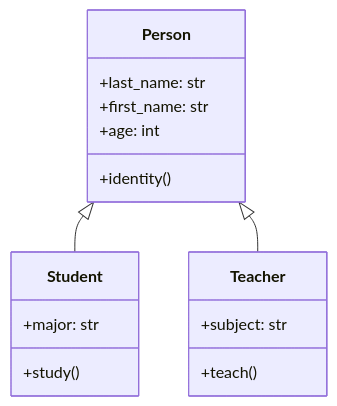
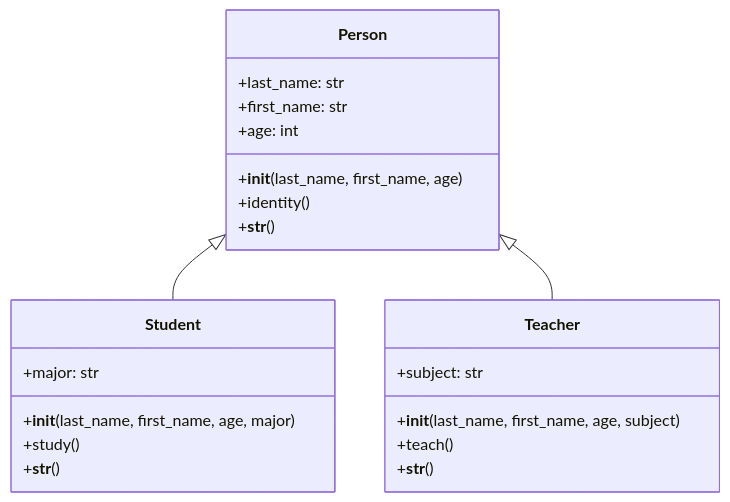
Diagram 12 of 22 in README.md (Lagmouchyoussef/Python-Practical-Works), drawn with Mermaid before and after one commit. The commit also changed other lines of this file, not shown here.

````diff
--- a/README.md
+++ b/README.md
@@ -313,22 +418,28 @@
 ```mermaid
 classDiagram
     class Person {
         +last_name: str
         +first_name: str
         +age: int
+        +__init__(last_name, first_name, age)
         +identity()
+        +__str__()
     }
     
     class Student {
         +major: str
+        +__init__(last_name, first_name, age, major)
         +study()
+        +__str__()
     }
     
     class Teacher {
         +subject: str
+        +__init__(last_name, first_name, age, subject)
         +teach()
+        +__str__()
     }
     
     Person <|-- Student
     Person <|-- Teacher
 ```
````
